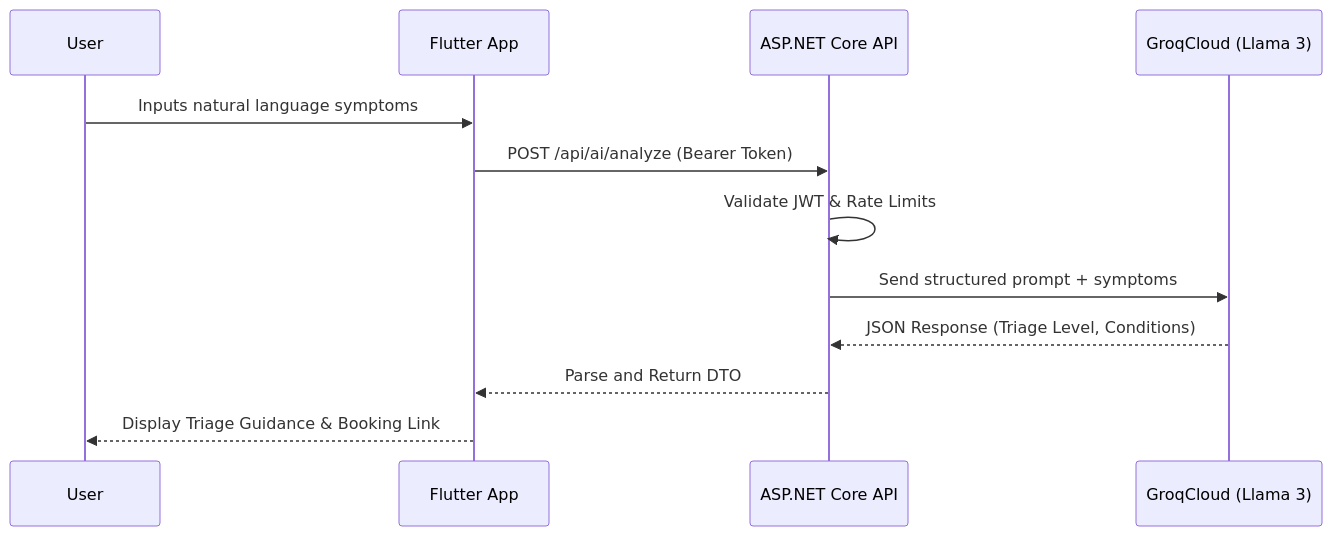
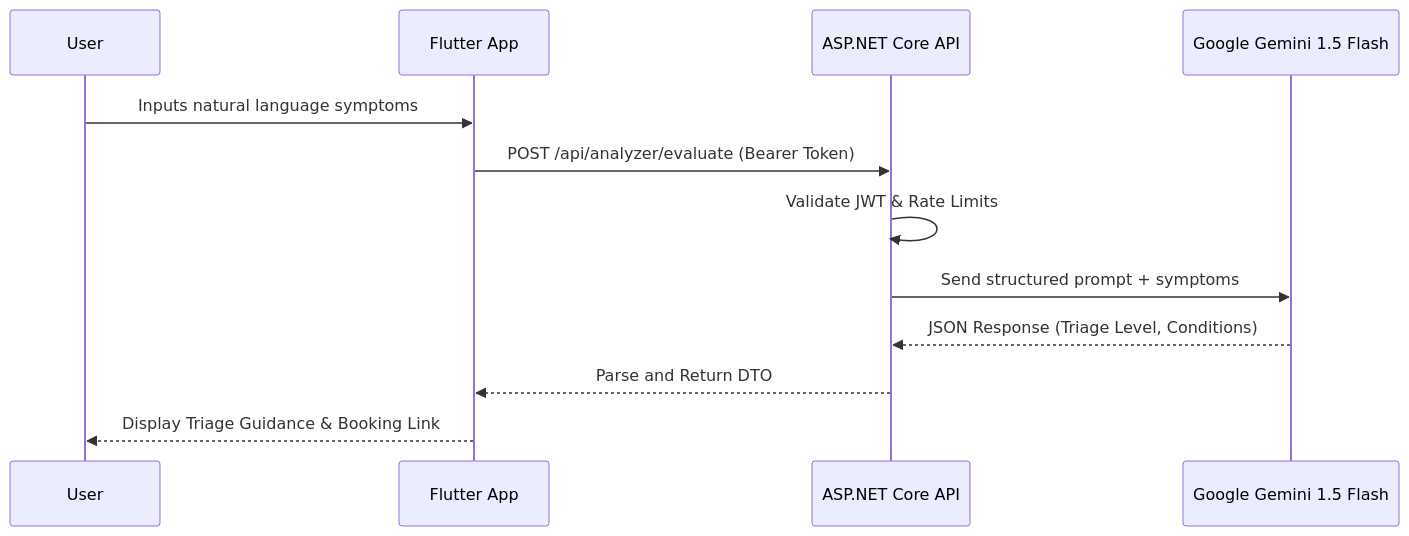
Before and after one commit to mediaibuitems-ui/Medi-AI_B_F: the ninth of 20 diagrams in Medi_AI_Backend_railway/thesis/Medi-AI_Thesis.md, drawn with Mermaid. The commit also changed other lines of this file, not shown here.

Commit message:
fix: replace all GroqCloud/Llama-3 with Google Gemini 1.5 Flash (confirmed active Railway API key); fix SmarterASP -> Railway in tech stack; fix AI route /api/AI/analyze -> /api/analyzer/evaluate throughout thesis

````diff
--- a/Medi_AI_Backend_railway/thesis/Medi-AI_Thesis.md
+++ b/Medi_AI_Backend_railway/thesis/Medi-AI_Thesis.md
@@ -778,15 +776,15 @@
 ```mermaid
 sequenceDiagram
     participant User as User
     participant Flutter as Flutter App
     participant API as ASP.NET Core API
-    participant Groq as GroqCloud (Llama 3)
+    participant Gemini as Google Gemini 1.5 Flash
     
     User->>Flutter: Inputs natural language symptoms
-    Flutter->>API: POST /api/ai/analyze (Bearer Token)
+    Flutter->>API: POST /api/analyzer/evaluate (Bearer Token)
     API->>API: Validate JWT & Rate Limits
-    API->>Groq: Send structured prompt + symptoms
-    Groq-->>API: JSON Response (Triage Level, Conditions)
+    API->>Gemini: Send structured prompt + symptoms
+    Gemini-->>API: JSON Response (Triage Level, Conditions)
     API-->>Flutter: Parse and Return DTO
     Flutter-->>User: Display Triage Guidance & Booking Link
 ```
````
